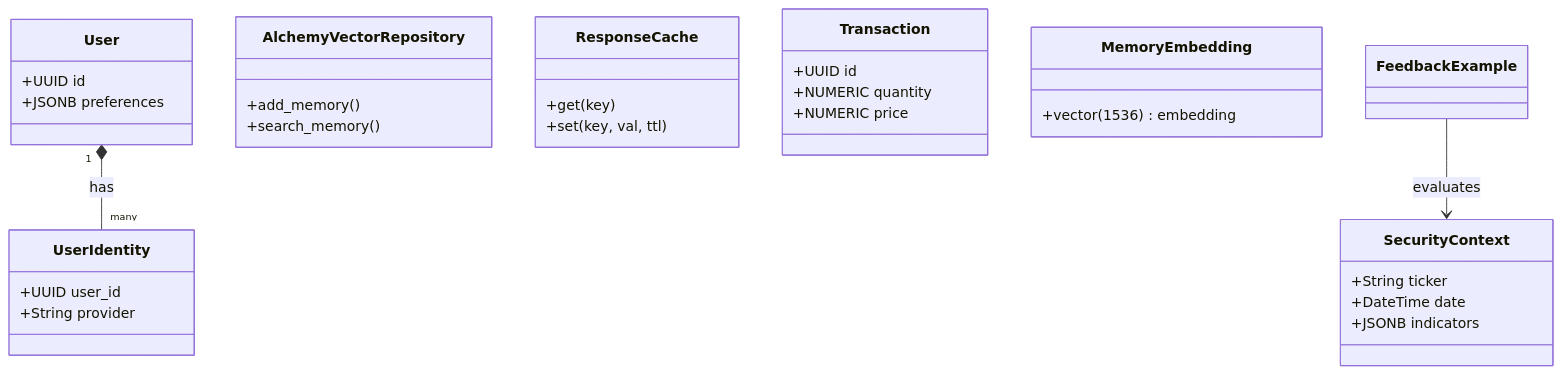
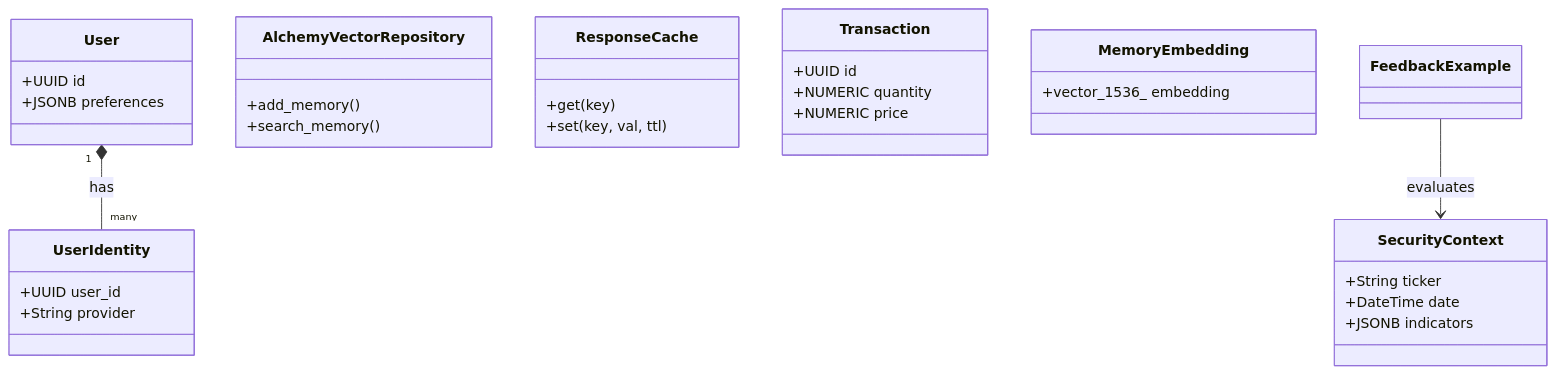
Before and after one commit to neohsiung/AI-Investment-Advisor: the second of 2 diagrams in wiki/04_架構觀點-Architect_Views/資料與領域模型-Data-Domain-Models.md, drawn with Mermaid. The commit also changed other lines of this file and 15 other files, not shown here.

First line of the commit message:
docs(wiki): optimize structure, standardize flat-links, and fix mermaid syntax

````diff
--- a/wiki/04_架構觀點-Architect_Views/資料與領域模型-Data-Domain-Models.md
+++ b/wiki/04_架構觀點-Architect_Views/資料與領域模型-Data-Domain-Models.md
@@ -216,34 +216,34 @@
 ```mermaid
 classDiagram
     class User {
         +UUID id
         +JSONB preferences
     }
     class UserIdentity {
         +UUID user_id
         +String provider
     }
     User "1" *-- "many" UserIdentity : has
     class SecurityContext {
         +String ticker
         +DateTime date
         +JSONB indicators
     }
     class AlchemyVectorRepository {
         +add_memory()
         +search_memory()
     }
     class ResponseCache {
         +get(key)
         +set(key, val, ttl)
     }
     class Transaction {
         +UUID id
         +NUMERIC quantity
         +NUMERIC price
     }
     class MemoryEmbedding {
-        +vector(1536) embedding
+        +vector_1536_ embedding
     }
     FeedbackExample --> SecurityContext : evaluates
 ```
````
